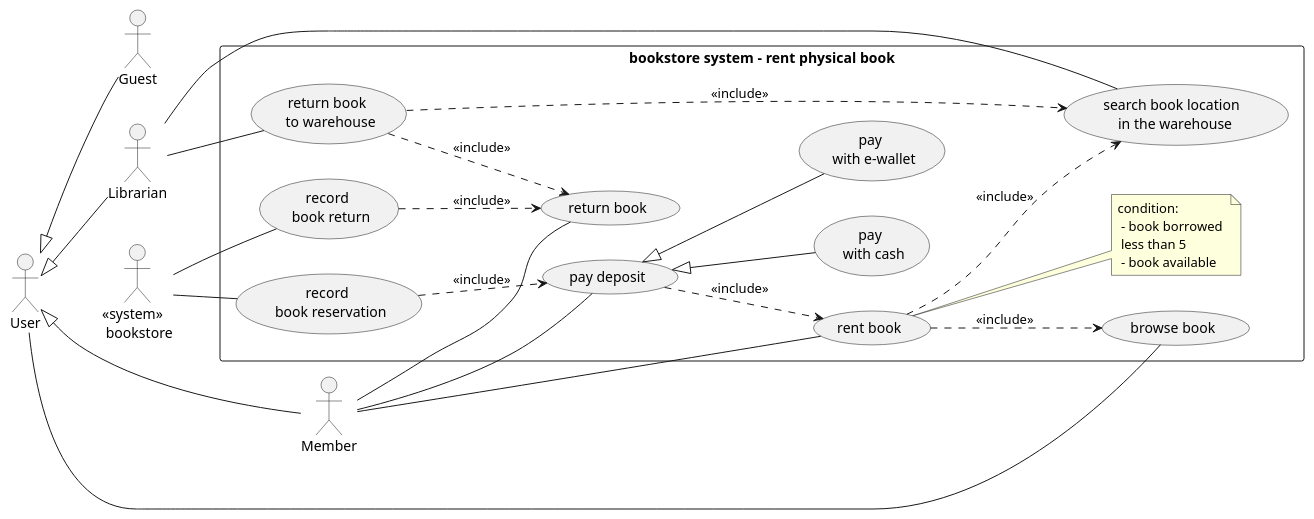
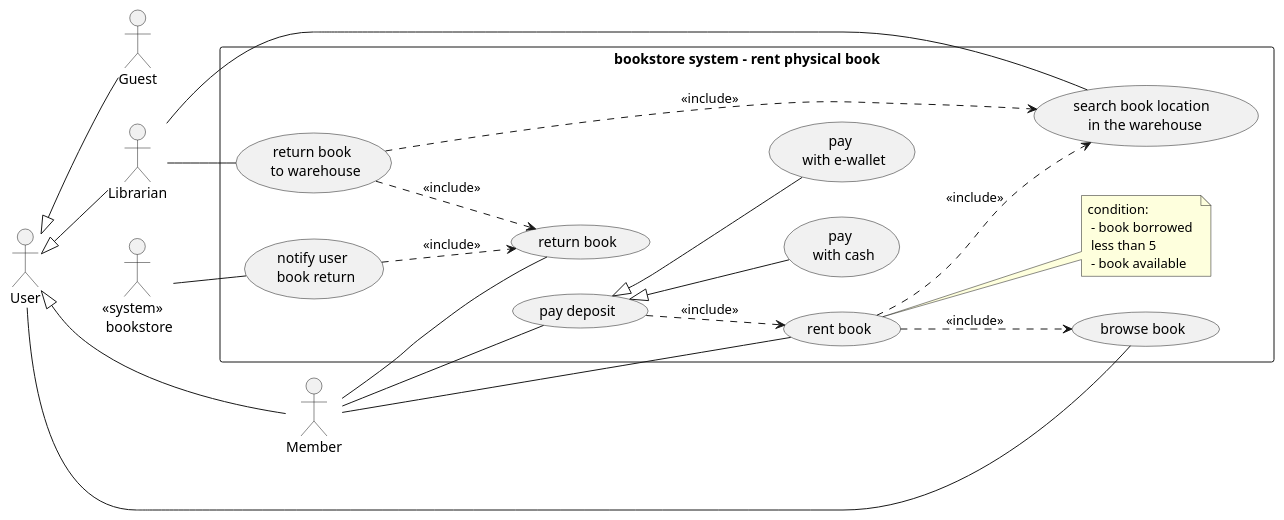
Before and after one commit to ericdaniel6166/share: the diagram in software_architecture/02_lucy_book_store/03_use_case.puml, drawn with PlantUML. The commit also changed 2 other files, not shown here.

```diff
--- a/software_architecture/02_lucy_book_store/03_use_case.puml
+++ b/software_architecture/02_lucy_book_store/03_use_case.puml
@@ -1,52 +1,49 @@
 @startuml
 
 left to right direction
 
 Guest as guest
 Member as member
 Librarian as librarian
 User as user
 "<<system>> \n bookstore" as store
 
 rectangle "bookstore system - rent physical book" {
     usecase "rent book" as rent_book
     usecase "return book" as return_book
     usecase "return book \n to warehouse" as return_book_warehouse
     usecase "browse book" as browse_book
     usecase "search book location \n in the warehouse" as search_book
     usecase "pay deposit" as pay
     usecase "pay \n with cash" as pay_cash
     usecase "pay \n with e-wallet" as pay_e_wallet
-    usecase "record \n book reservation" as record_book_reservation
-    usecase "record \n book return" as record_book_return
+    usecase "notify user \n book return" as notify_user_book_return
     note right of rent_book: condition: \n - book borrowed \n less than 5 \n - book available
 
 
 }
 user<|--guest
 user<|--member
 user<|--librarian
 
 user -- browse_book
 
 member -- rent_book
 rent_book ..> browse_book : <<include>>
 
 librarian -- search_book
 rent_book ..> search_book : <<include>>
 
 member -- pay
 pay ..> rent_book : <<include>>
 pay<|--pay_cash
 pay<|--pay_e_wallet
 
-store -- record_book_reservation
-record_book_reservation ..> pay : <<include>>
 member -- return_book
 librarian -- return_book_warehouse
 return_book_warehouse ..> return_book : <<include>>
 return_book_warehouse ....> search_book : <<include>>
-store -- record_book_return
-record_book_return ..> return_book : <<include>>
+store -- notify_user_book_return
+notify_user_book_return ..> return_book : <<include>>
 
 @enduml
```
